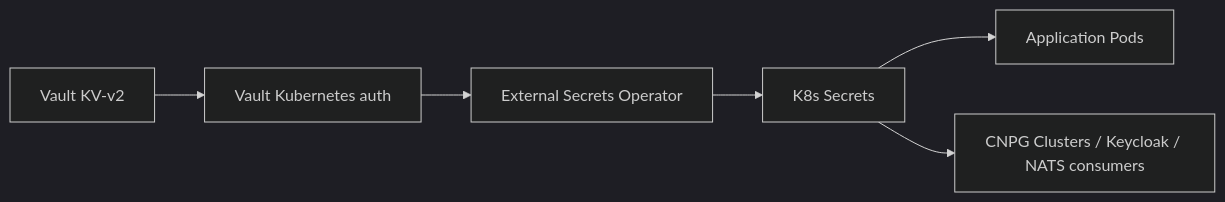
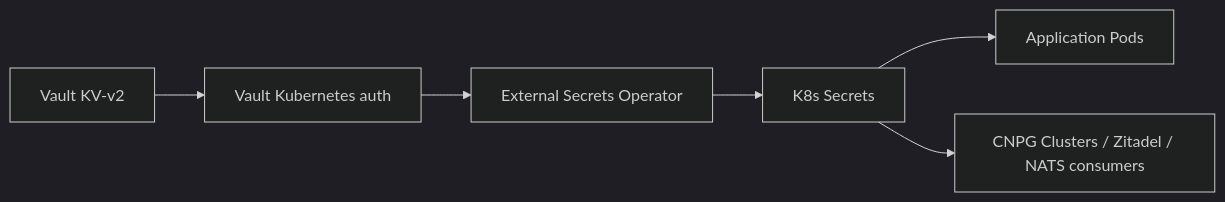
One commit to sca-templates/infra-kubernetes changed the diagram in docs/secrets.md. Above: the diagram before and after it, drawn with Mermaid (dark theme). The commit also changed other lines of this file and 72 other files, not shown here.

First line of the commit message:
refactor(auth): retire keycloak and make zitadel sole idp

````diff
--- a/docs/secrets.md
+++ b/docs/secrets.md
@@ -15,8 +15,8 @@
 ```mermaid
 graph LR
     A[Vault KV-v2] --> B[Vault Kubernetes auth]
     B --> C[External Secrets Operator]
     C --> D[K8s Secrets]
     D --> E[Application Pods]
-    D --> F[CNPG Clusters / Keycloak / NATS consumers]
+    D --> F[CNPG Clusters / Zitadel / NATS consumers]
 ```
````
